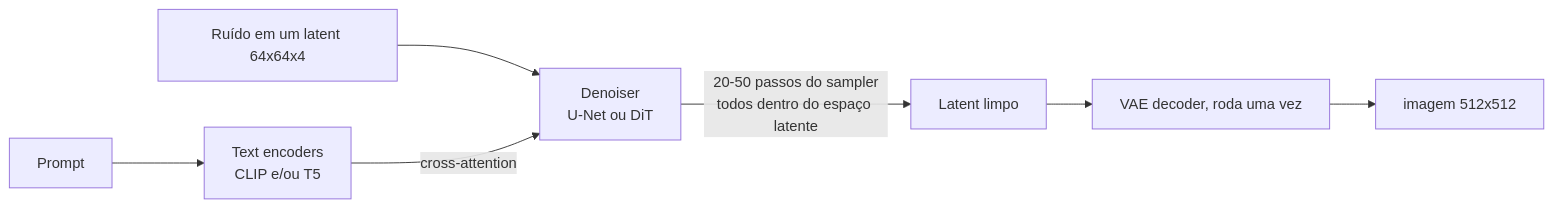
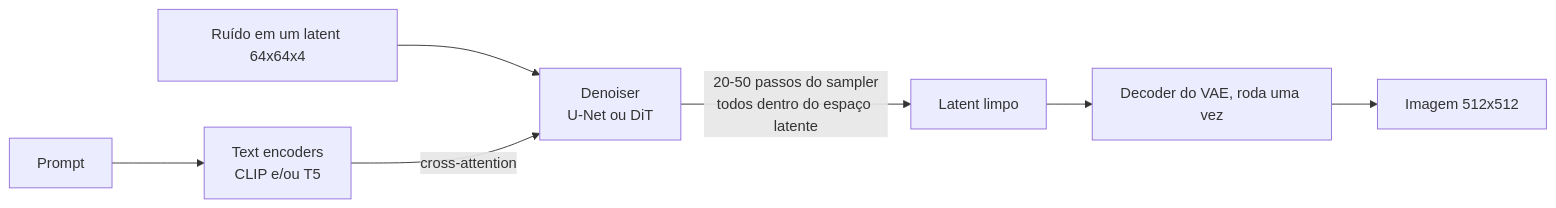
The seventh of 21 diagrams in 10-multimodal/questions.pt-BR.md (andrevberaldo/AI-Engineer-Interview-Questions), drawn with Mermaid before and after one commit. The commit also changed other lines of this file and 1 other file, not shown here.

````diff
--- a/10-multimodal/questions.pt-BR.md
+++ b/10-multimodal/questions.pt-BR.md
@@ -316,9 +316,9 @@
 ```mermaid
 flowchart LR
     A["Prompt"] --> B["Text encoders<br/>CLIP e/ou T5"]
     C["Ruído em um latent 64x64x4"] --> D["Denoiser<br/>U-Net ou DiT"]
     B -->|"cross-attention"| D
     D -->|"20-50 passos do sampler<br/>todos dentro do espaço latente"| E["Latent limpo"]
-    E --> F["VAE decoder, roda uma vez"]
-    F --> G["imagem 512x512"]
+    E --> F["Decoder do VAE, roda uma vez"]
+    F --> G["Imagem 512x512"]
 ```
````
